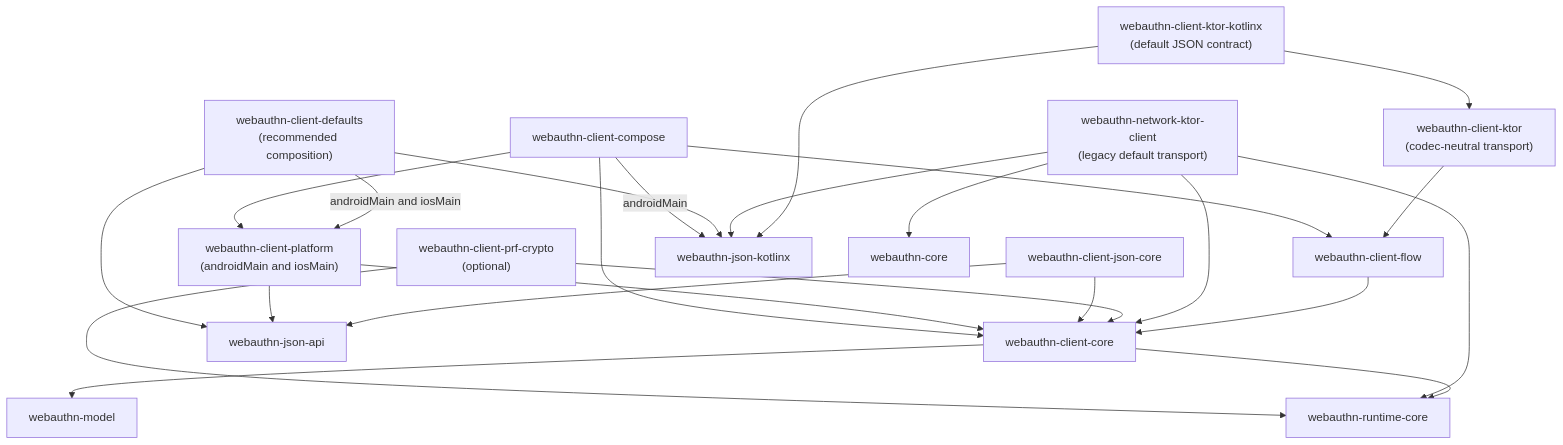
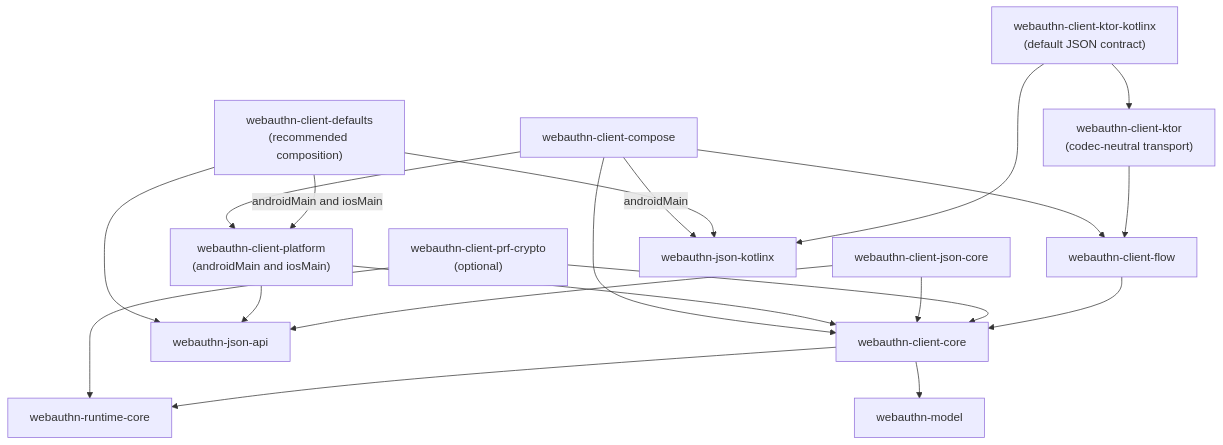
The third of 4 diagrams in docs/architecture.md (szijpeter/webauthn-kotlin-multiplatform), drawn with Mermaid before and after one commit. The commit also changed 84 other files, not shown here.

Commit message:
refactor(client): migrate consumers and remove legacy stack

````diff
--- a/docs/architecture.md
+++ b/docs/architecture.md
@@ -91,51 +91,44 @@
 ```mermaid
 flowchart TB
     COMPOSE["webauthn-client-compose"]
     PLATFORM["webauthn-client-platform<br/>(androidMain and iosMain)"]
     JSON["webauthn-client-json-core"]
     PRF["webauthn-client-prf-crypto<br/>(optional)"]
     DEFAULTS["webauthn-client-defaults<br/>(recommended composition)"]
     KTOR_KOTLINX["webauthn-client-ktor-kotlinx<br/>(default JSON contract)"]
     KTOR["webauthn-client-ktor<br/>(codec-neutral transport)"]
-    NETWORK["webauthn-network-ktor-client<br/>(legacy default transport)"]
     FLOW["webauthn-client-flow"]
     CLIENT_CORE["webauthn-client-core"]
     JSON_API["webauthn-json-api"]
     JSON_KOTLINX["webauthn-json-kotlinx"]
-    CORE["webauthn-core"]
     RUNTIME["webauthn-runtime-core"]
     MODEL["webauthn-model"]
 
     COMPOSE --> CLIENT_CORE
     COMPOSE --> FLOW
     COMPOSE --> PLATFORM
     COMPOSE -->|androidMain| JSON_KOTLINX
 
     DEFAULTS -->|androidMain and iosMain| PLATFORM
     DEFAULTS --> JSON_API
     DEFAULTS --> JSON_KOTLINX
 
     PLATFORM --> CLIENT_CORE
     PLATFORM --> JSON_API
 
     JSON --> CLIENT_CORE
     JSON --> JSON_API
 
     PRF --> CLIENT_CORE
     PRF --> RUNTIME
 
-    NETWORK --> CLIENT_CORE
-    NETWORK --> CORE
-    NETWORK --> JSON_KOTLINX
-    NETWORK --> RUNTIME
-
     KTOR_KOTLINX --> KTOR
     KTOR_KOTLINX --> JSON_KOTLINX
 
     KTOR --> FLOW
 
     FLOW --> CLIENT_CORE
 
     CLIENT_CORE --> RUNTIME
     CLIENT_CORE --> MODEL
 ```
````
